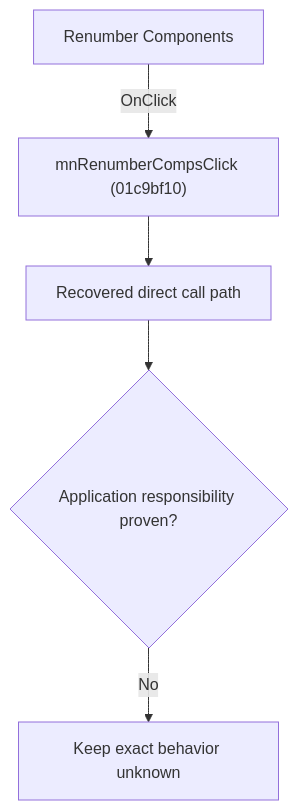
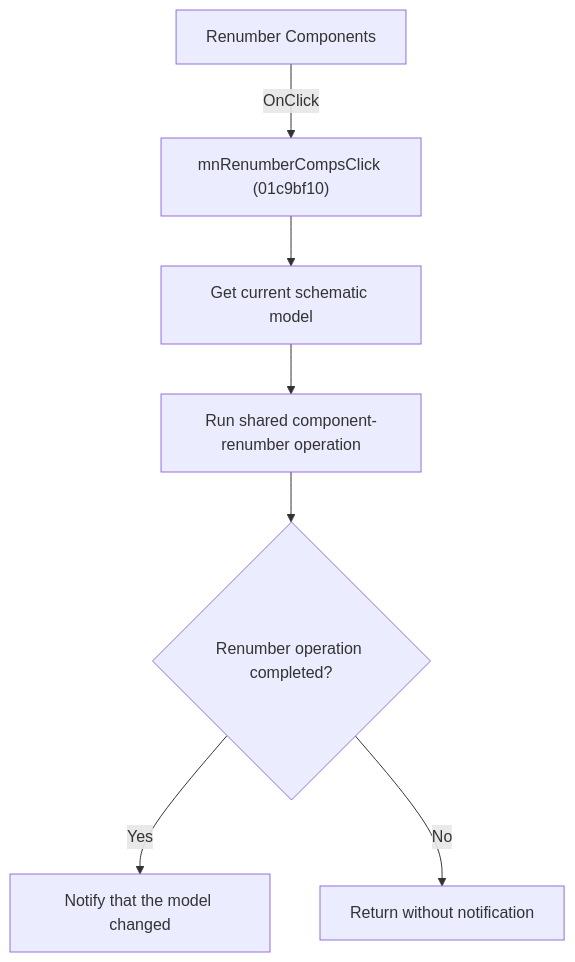
The diagram in docs/ui-controls/schematiceditor/mnrenumbercomps-232384dd2c.md (MovGP0/TIARA), drawn with Mermaid before and after one commit. The commit also changed other lines of this file and 241 other files, not shown here.

````diff
--- a/docs/ui-controls/schematiceditor/mnrenumbercomps-232384dd2c.md
+++ b/docs/ui-controls/schematiceditor/mnrenumbercomps-232384dd2c.md
@@ -27,7 +29,9 @@
 ```mermaid
 flowchart TD
-    control["Renumber Components"] -->|"OnClick"| handler["mnRenumberCompsClick (01c9bf10)"]
-    handler --> recovered["Recovered direct call path"]
-    recovered --> gap{"Application responsibility proven?"}
-    gap -->|"No"| blocked["Keep exact behavior unknown"]
+    control["Renumber Components"] -->|OnClick| handler["mnRenumberCompsClick (01c9bf10)"]
+    handler --> model["Get current schematic model"]
+    model --> shared["Run shared component-renumber operation"]
+    shared --> complete{"Renumber operation completed?"}
+    complete -->|Yes| notify["Notify that the model changed"]
+    complete -->|No| done["Return without notification"]
 ```
````
